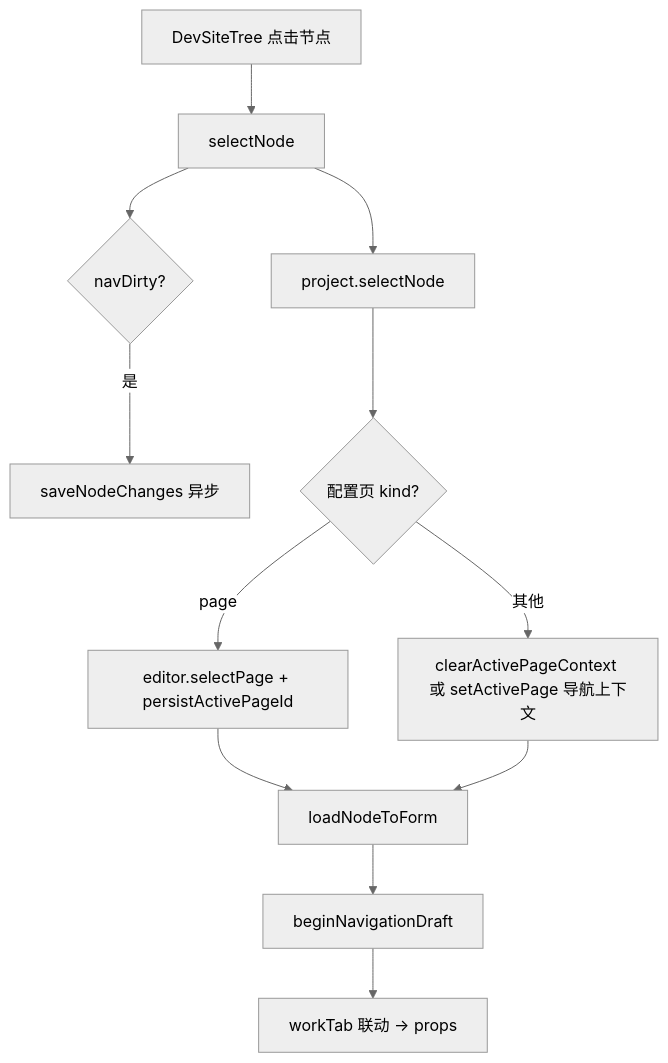
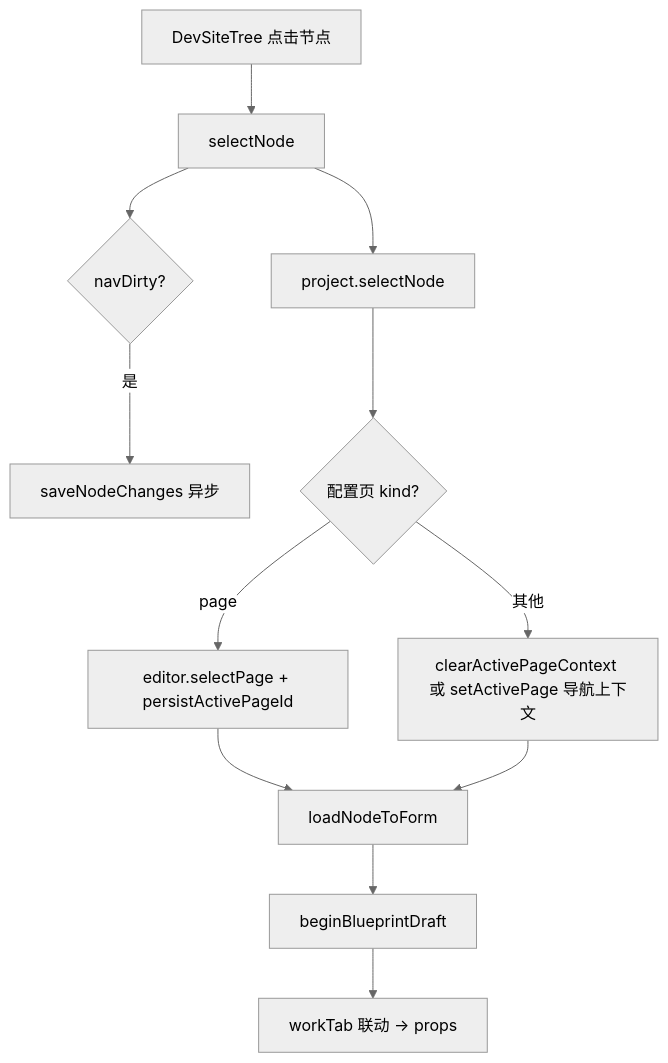
Before and after one commit to LMSpark/APPWORKS: the fifth of 5 diagrams in packages/spark-project-model/src/MODEL-HIERARCHY.md, drawn with Mermaid (neutral theme). The commit also changed other lines of this file and 13 other files, not shown here.

First line of the commit message:
docs(architecture): rewrite architecture docs against current source

````diff
--- a/packages/spark-project-model/src/MODEL-HIERARCHY.md
+++ b/packages/spark-project-model/src/MODEL-HIERARCHY.md
@@ -425,14 +425,14 @@
 ```mermaid
 flowchart TD
   A[DevSiteTree 点击节点] --> B[selectNode]
   B --> C{navDirty?}
   C -->|是| D[saveNodeChanges 异步]
   B --> E[project.selectNode]
   E --> F{配置页 kind?}
   F -->|page| G[editor.selectPage + persistActivePageId]
   F -->|其他| H[clearActivePageContext 或 setActivePage 导航上下文]
   G --> I[loadNodeToForm]
   H --> I
-  I --> J[beginNavigationDraft]
+  I --> J[beginBlueprintDraft]
   J --> K[workTab 联动 → props]
 ```
````
